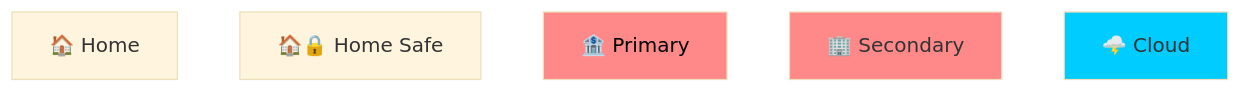
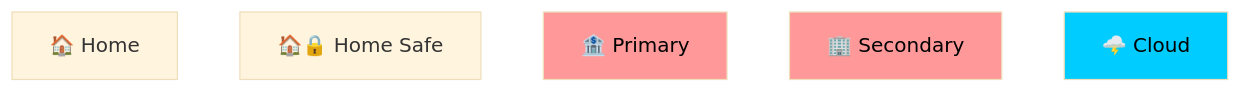
Before and after one commit to BlockchainCommons/SmartCustody: the fourth of 26 diagrams in Docs/Scenario-Multisig.md, drawn with Mermaid (base theme). The commit also changed other lines of this file, not shown here.

````diff
--- a/Docs/Scenario-Multisig.md
+++ b/Docs/Scenario-Multisig.md
@@ -214,12 +214,12 @@
 ```mermaid
     graph BT;
     A["🏠 Home"]
     B["🏠🔒 Home Safe"]
     C["🏦 Primary"]
     D["🏢 Secondary"]
     E["🌩️ Cloud"]
     
-style C color:#000,fill:#ff8888;
-style D fill:#ff8888;
-style E fill:#00ccff;
+style C color:#000,fill:#ff9999;
+style D color:#000,fill:#ff9999;
+style E color:#000,fill:#00ccff;
 ```
````
